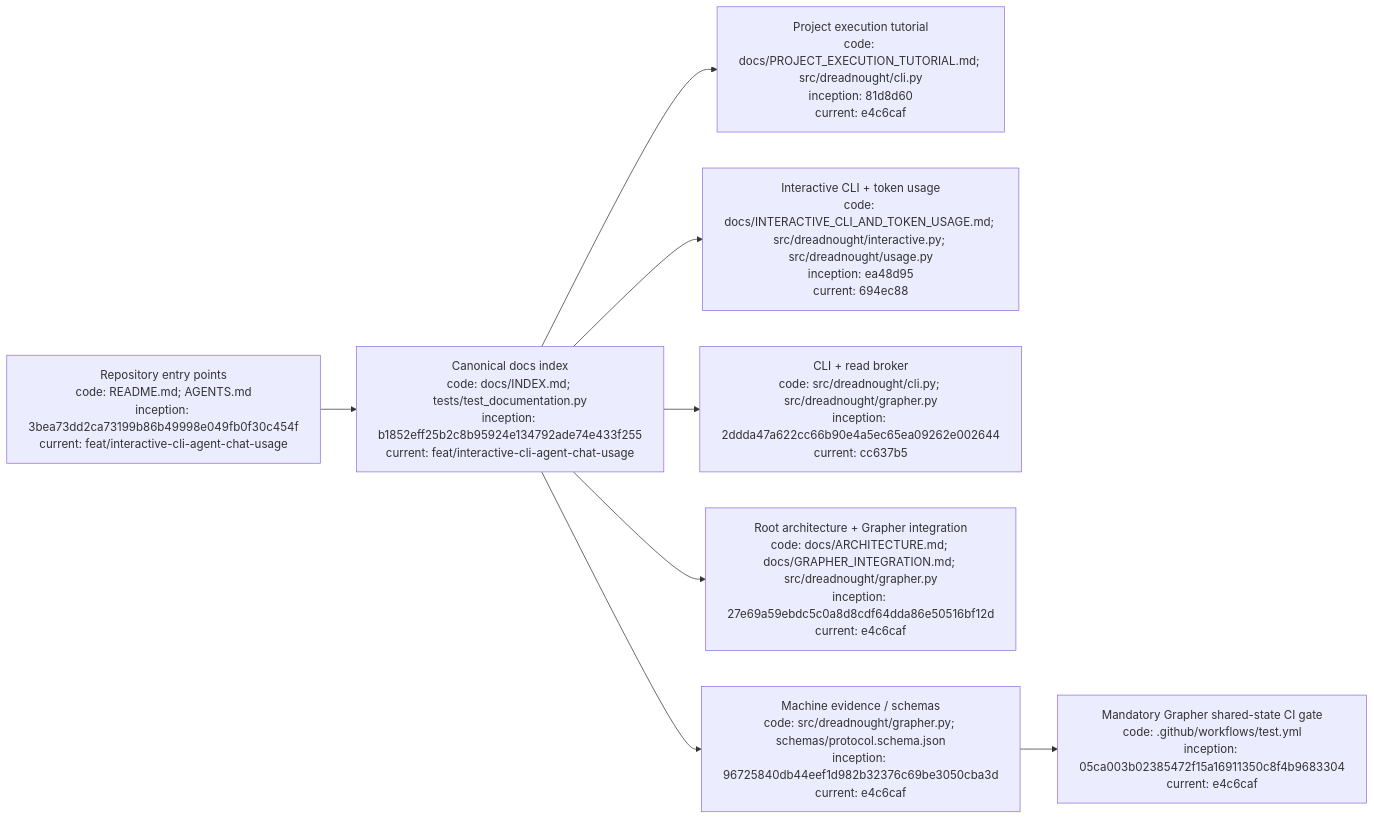
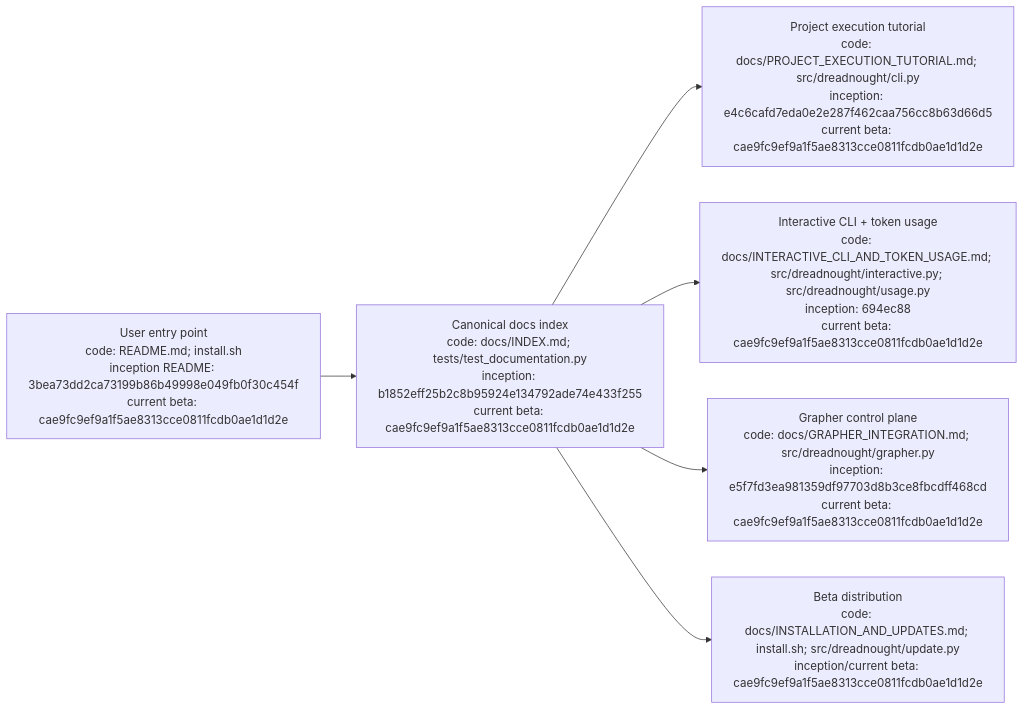
The diagram in docs/INDEX.md (seanbman/dreadnought), drawn with Mermaid before and after one commit. The commit also changed other lines of this file, not shown here.

Commit message:
Reconcile Dreadnought documentation index with beta release

````diff
--- a/docs/INDEX.md
+++ b/docs/INDEX.md
@@ -64,10 +62,8 @@
 ```mermaid
 flowchart LR
-    R["Repository entry points\ncode: README.md; AGENTS.md\ninception: 3bea73dd2ca73199b86b49998e049fb0f30c454f\ncurrent: feat/interactive-cli-agent-chat-usage"] --> I["Canonical docs index\ncode: docs/INDEX.md; tests/test_documentation.py\ninception: b1852eff25b2c8b95924e134792ade74e433f255\ncurrent: feat/interactive-cli-agent-chat-usage"]
-    I --> T["Project execution tutorial\ncode: docs/PROJECT_EXECUTION_TUTORIAL.md; src/dreadnought/cli.py\ninception: 81d8d60\ncurrent: e4c6caf"]
-    I --> U["Interactive CLI + token usage\ncode: docs/INTERACTIVE_CLI_AND_TOKEN_USAGE.md; src/dreadnought/interactive.py; src/dreadnought/usage.py\ninception: ea48d95\ncurrent: 694ec88"]
-    I --> C["CLI + read broker\ncode: src/dreadnought/cli.py; src/dreadnought/grapher.py\ninception: 2ddda47a622cc66b90e4a5ec65ea09262e002644\ncurrent: cc637b5"]
-    I --> A["Root architecture + Grapher integration\ncode: docs/ARCHITECTURE.md; docs/GRAPHER_INTEGRATION.md; src/dreadnought/grapher.py\ninception: 27e69a59ebdc5c0a8d8cdf64dda86e50516bf12d\ncurrent: e4c6caf"]
-    I --> P["Machine evidence / schemas\ncode: src/dreadnought/grapher.py; schemas/protocol.schema.json\ninception: 96725840db44eef1d982b32376c69be3050cba3d\ncurrent: e4c6caf"]
-    P --> G["Mandatory Grapher shared-state CI gate\ncode: .github/workflows/test.yml\ninception: 05ca003b02385472f15a16911350c8f4b9683304\ncurrent: e4c6caf"]
+    R["User entry point\ncode: README.md; install.sh\ninception README: 3bea73dd2ca73199b86b49998e049fb0f30c454f\ncurrent beta: cae9fc9ef9a1f5ae8313cce0811fcdb0ae1d1d2e"] --> I["Canonical docs index\ncode: docs/INDEX.md; tests/test_documentation.py\ninception: b1852eff25b2c8b95924e134792ade74e433f255\ncurrent beta: cae9fc9ef9a1f5ae8313cce0811fcdb0ae1d1d2e"]
+    I --> T["Project execution tutorial\ncode: docs/PROJECT_EXECUTION_TUTORIAL.md; src/dreadnought/cli.py\ninception: e4c6cafd7eda0e2e287f462caa756cc8b63d66d5\ncurrent beta: cae9fc9ef9a1f5ae8313cce0811fcdb0ae1d1d2e"]
+    I --> U["Interactive CLI + token usage\ncode: docs/INTERACTIVE_CLI_AND_TOKEN_USAGE.md; src/dreadnought/interactive.py; src/dreadnought/usage.py\ninception: 694ec88\ncurrent beta: cae9fc9ef9a1f5ae8313cce0811fcdb0ae1d1d2e"]
+    I --> G["Grapher control plane\ncode: docs/GRAPHER_INTEGRATION.md; src/dreadnought/grapher.py\ninception: e5f7fd3ea981359df97703d8b3ce8fbcdff468cd\ncurrent beta: cae9fc9ef9a1f5ae8313cce0811fcdb0ae1d1d2e"]
+    I --> B["Beta distribution\ncode: docs/INSTALLATION_AND_UPDATES.md; install.sh; src/dreadnought/update.py\ninception/current beta: cae9fc9ef9a1f5ae8313cce0811fcdb0ae1d1d2e"]
 ```
````
